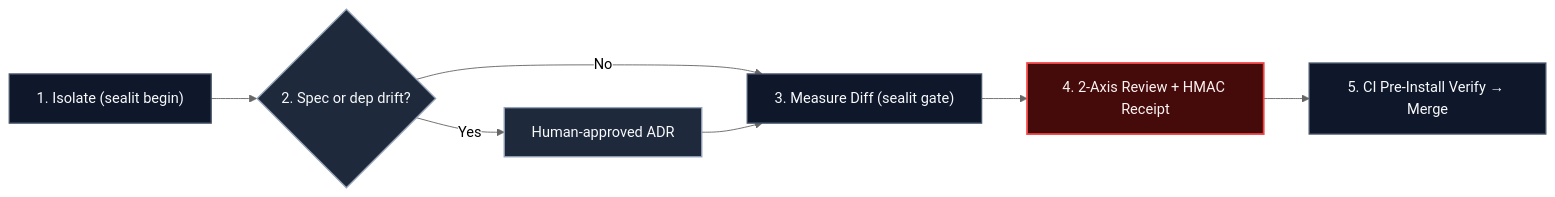
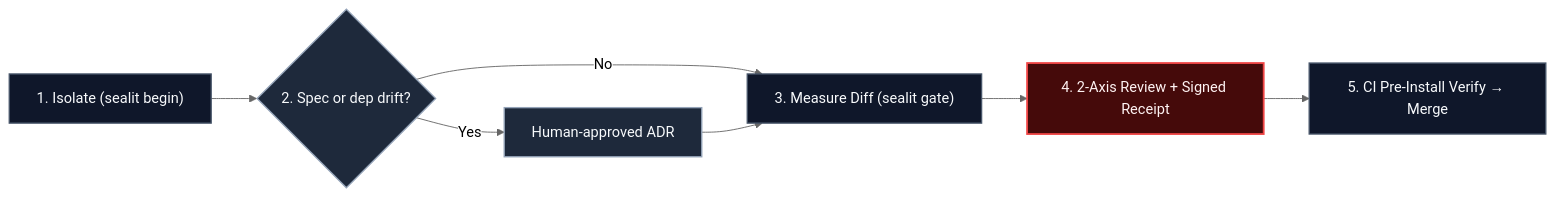
The diagram in README.md (fmatar/sealit), drawn with Mermaid (neutral theme) before and after one commit. The commit also changed other lines of this file and 51 other files, not shown here.

````diff
--- a/README.md
+++ b/README.md
@@ -33,16 +33,16 @@
 ```mermaid
 flowchart LR
     A["1. Isolate (sealit begin)"] --> B{"2. Spec or dep drift?"}
     B -- "Yes" --> C["Human-approved ADR"]
     B -- "No" --> D["3. Measure Diff (sealit gate)"]
     C --> D
-    D --> E["4. 2-Axis Review + HMAC Receipt"]
+    D --> E["4. 2-Axis Review + Signed Receipt"]
     E --> F["5. CI Pre-Install Verify → Merge"]
 
     classDef step fill:#0f172a,stroke:#475569,stroke-width:1.5px,color:#f8fafc
     classDef human fill:#1e293b,stroke:#94a3b8,stroke-width:1.5px,color:#f8fafc
     classDef seal fill:#450a0a,stroke:#ef4444,stroke-width:2px,color:#fef2f2
     class A,D,F step
     class B,C human
     class E seal
 ```
````
